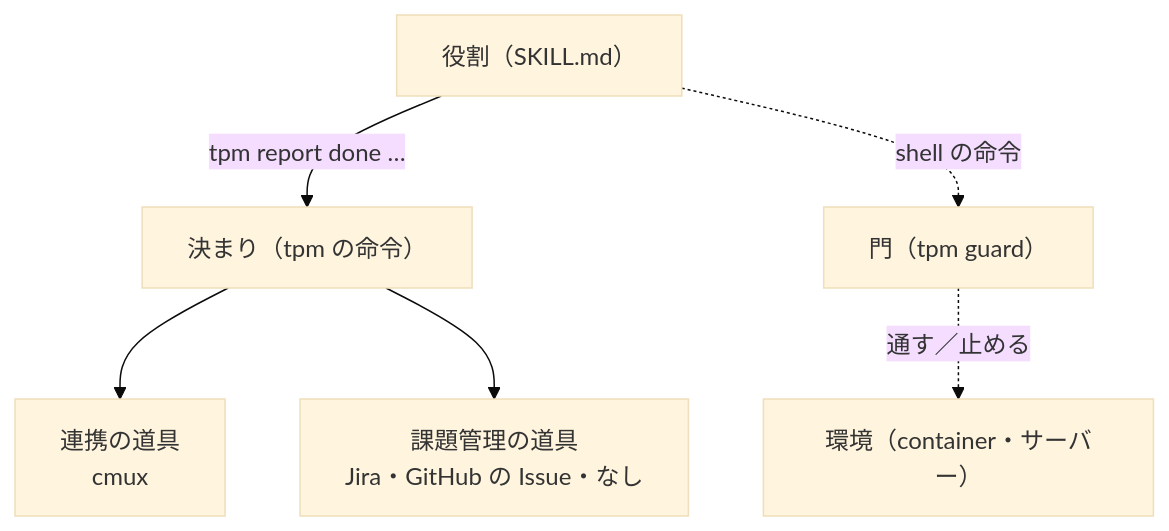
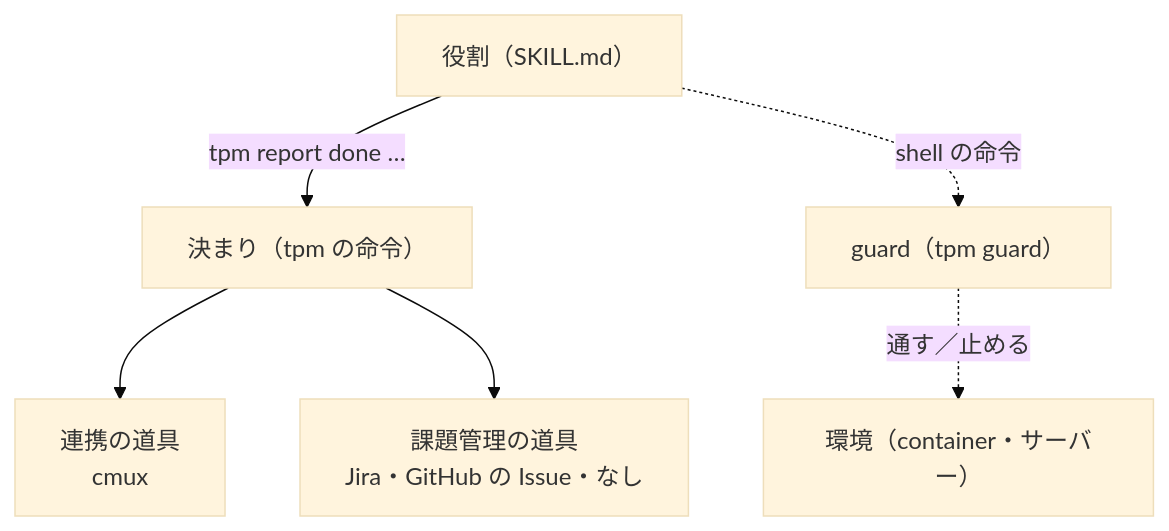
The first of 2 diagrams in docs-site/src/content/docs/protocol.md (uraitakahito/roster), drawn with Mermaid (base theme) before and after one commit. The commit also changed other lines of this file and 13 other files, not shown here.

````diff
--- a/docs-site/src/content/docs/protocol.md
+++ b/docs-site/src/content/docs/protocol.md
@@ -25,8 +25,8 @@
 ```mermaid
 flowchart TB
   R["役割（SKILL.md）"] -->|"tpm report done …"| P["決まり（tpm の命令）"]
   P --> T["連携の道具<br/>cmux"]
   P --> K["課題管理の道具<br/>Jira・GitHub の Issue・なし"]
-  R -.->|"shell の命令"| G["門（tpm guard）"]
+  R -.->|"shell の命令"| G["guard（tpm guard）"]
   G -.->|"通す／止める"| E["環境（container・サーバー）"]
 ```
````
